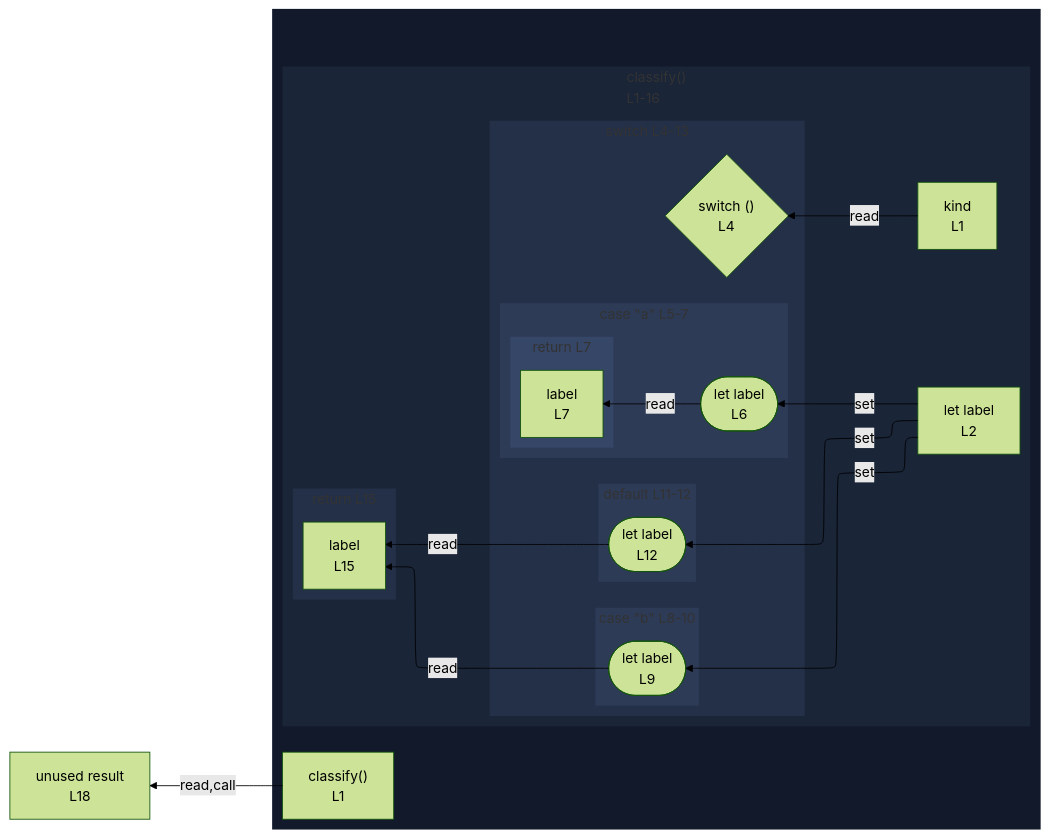
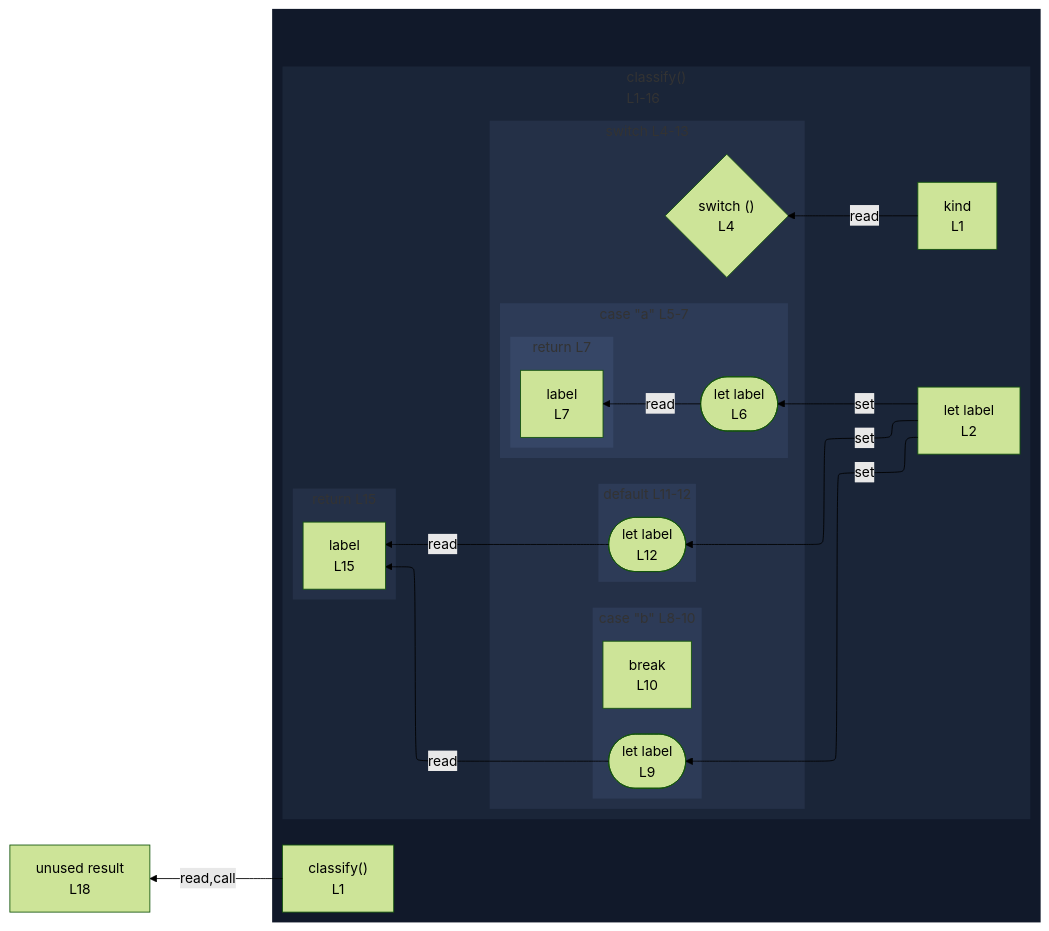
One commit to crescware/unsnarl changed the diagram in integration/fixtures/switch-statement/return/preview.md. Above: the diagram before and after it, drawn with Mermaid (forest theme). The commit also changed 352 other files, not shown here.

````diff
--- a/integration/fixtures/switch-statement/return/preview.md
+++ b/integration/fixtures/switch-statement/return/preview.md
@@ -28,59 +28,60 @@
 ```mermaid
 %%{init: {"flowchart": {"defaultRenderer": "elk"}}}%%
 flowchart RL
   n_scope_0_result_243["unused result<br/>L18"]
   subgraph wrap_s_scope_1[" "]
     direction TB
     n_scope_0_classify_9["classify()<br/>L1"]
     subgraph s_scope_1["classify()<br/>L1-16"]
       direction RL
       n_scope_1_kind_18["kind<br/>L1"]
       n_scope_1_label_40["let label<br/>L2"]
       subgraph s_scope_2["switch L4-13"]
         direction RL
         switch_discriminant_scope_1_55{"switch ()<br/>L4"}
         subgraph s_scope_3["case &quot;a&quot; L5-7"]
           direction RL
           wr_ref_2(["let label<br/>L6"])
           subgraph s_return_scope_0_classify_9_114_127["return L7"]
             direction RL
             ret_use_ref_3["label<br/>L7"]
           end
         end
         subgraph s_scope_4["case &quot;b&quot; L8-10"]
           direction RL
           wr_ref_4(["let label<br/>L9"])
+          bc_break_170["break<br/>L10"]
         end
         subgraph s_scope_5["default L11-12"]
           direction RL
           wr_ref_5(["let label<br/>L12"])
         end
       end
       subgraph s_return_scope_0_classify_9_220_233["return L15"]
         direction RL
         ret_use_ref_6["label<br/>L15"]
       end
     end
   end
   n_scope_1_label_40 -->|set| wr_ref_2
   n_scope_1_label_40 -->|set| wr_ref_4
   n_scope_1_label_40 -->|set| wr_ref_5
   n_scope_1_kind_18 -->|read| switch_discriminant_scope_1_55
   wr_ref_2 -->|read| ret_use_ref_3
   wr_ref_4 -->|read| ret_use_ref_6
   wr_ref_5 -->|read| ret_use_ref_6
   n_scope_0_classify_9 -->|read,call| n_scope_0_result_243
   classDef nestL1 fill:#11192a,stroke:transparent;
   class wrap_s_scope_1 nestL1;
   classDef nestL2 fill:#1a2538,stroke:transparent;
   class s_scope_1 nestL2;
   classDef nestL3 fill:#243047,stroke:transparent;
   class s_scope_2 nestL3;
   class s_return_scope_0_classify_9_220_233 nestL3;
   classDef nestL4 fill:#2d3b57,stroke:transparent;
   class s_scope_3 nestL4;
   class s_scope_4 nestL4;
   class s_scope_5 nestL4;
   classDef nestL5 fill:#364666,stroke:transparent;
   class s_return_scope_0_classify_9_114_127 nestL5;
 ```
````
